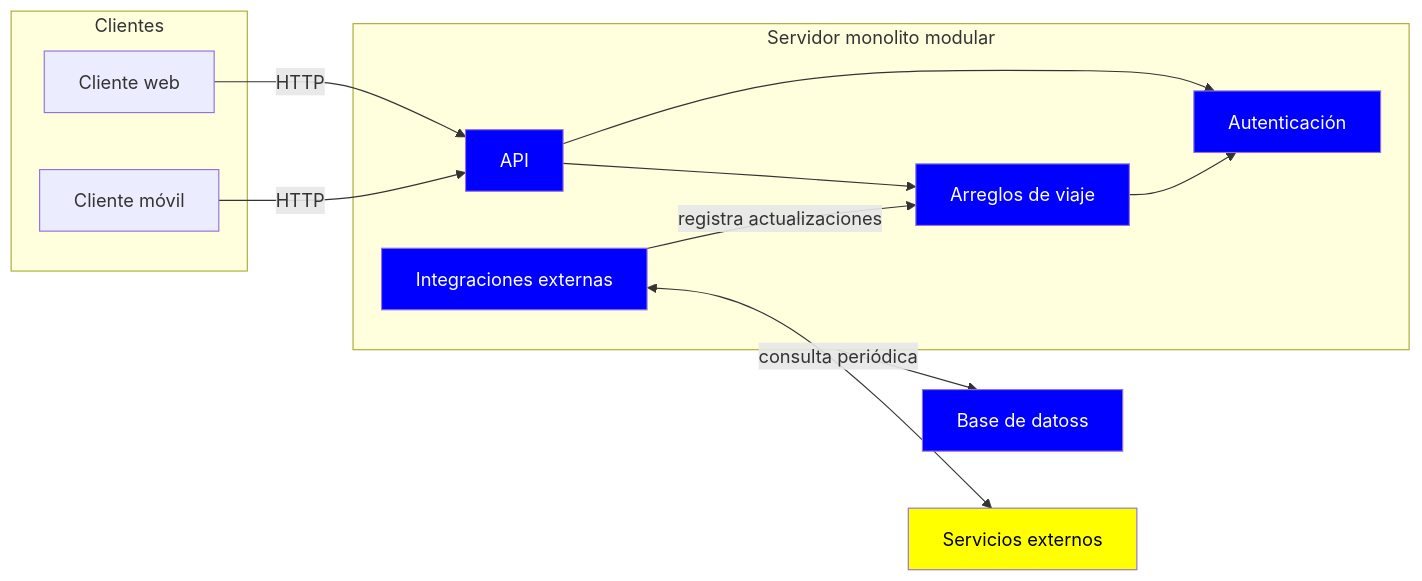
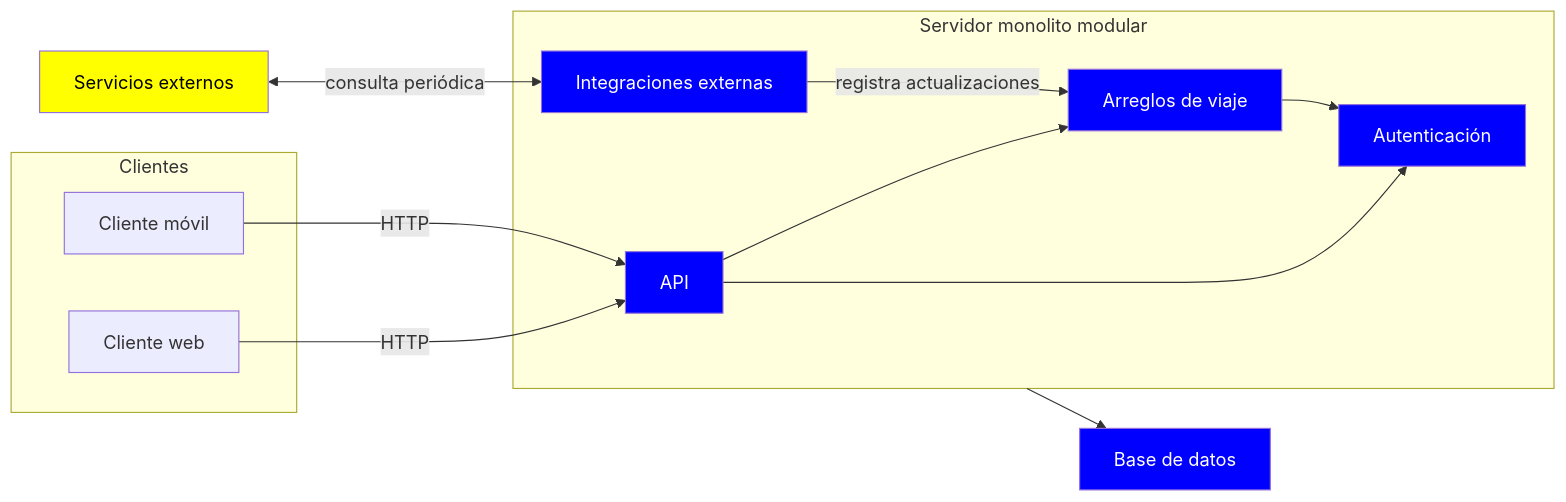
The second of 2 diagrams in docs/02-add/iteracion-1.md (RubeKN/trotamundos), drawn with Mermaid before and after one commit. The commit also changed other lines of this file and 1 other file, not shown here.

Commit message:
Refine documentation and diagrams for Iteration 1 and 2, updating section titles and improving clarity on system architecture and integration modules. Se añadieron vistas

````diff
--- a/docs/02-add/iteracion-1.md
+++ b/docs/02-add/iteracion-1.md
@@ -83,31 +82,31 @@
 ```mermaid
 flowchart LR
     subgraph CLI ["Clientes"]
         WEB["Cliente web"]
         MOV["Cliente móvil"]
     end
 
     subgraph SRV ["Servidor monolito modular"]
         API["API"]
         AU["Autenticación"]
         VIA["Arreglos de viaje"]
         INT["Integraciones externas"]
     end
 
-    DB["Base de datoss"]
+    DB["Base de datos"]
     EXT["Servicios externos"]
 
     WEB -->|"HTTP"| API
     MOV -->|"HTTP"| API
     API --> AU
     API --> VIA
     INT -->|"registra actualizaciones"| VIA
     VIA --> AU
-    INT <-->|"consulta periódica"| EXT
+    EXT <-->|"consulta periódica"| INT
     SRV --> DB
 
     classDef core fill:#0000ff,color:#ffffff
     classDef external fill:#ffff00,color:#000000
     class API,AU,VIA,INT,DB core
     class EXT external
 ```
````
